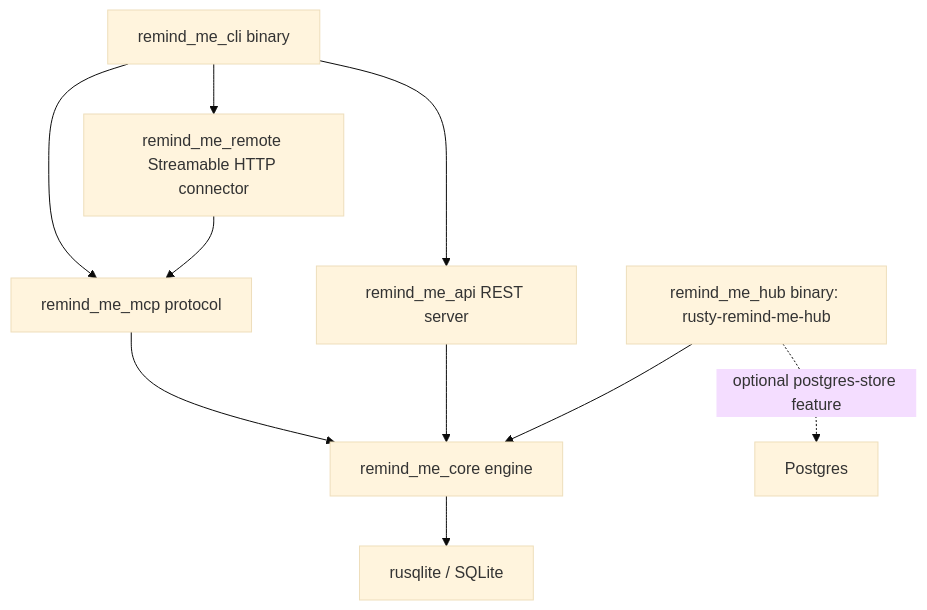
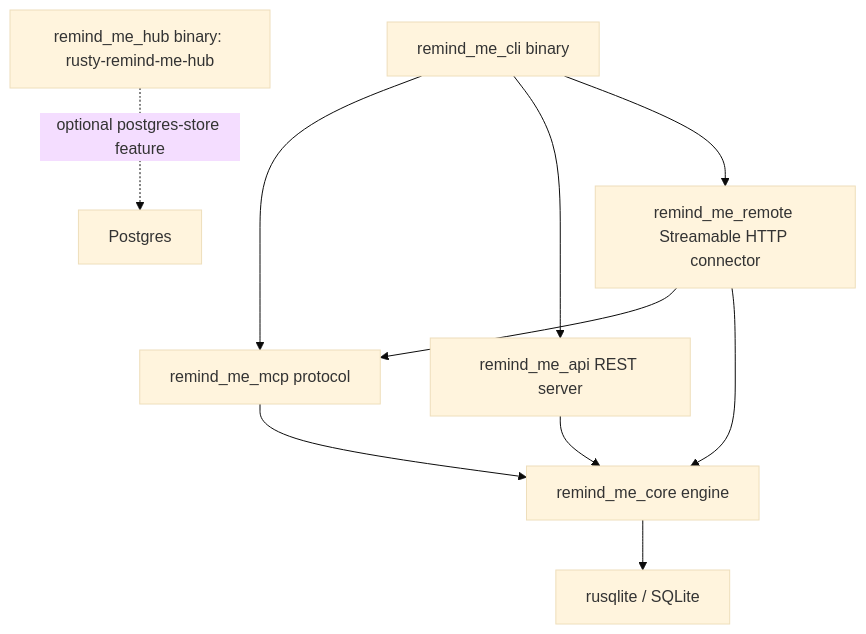
The diagram in ARCHITECTURE.md (baileyrd/rusty_remind_me), drawn with Mermaid (base theme) before and after one commit. The commit also changed other lines of this file and 2 other files, not shown here.

First line of the commit message:
Fix documentation drift in README, ARCHITECTURE, and CONTRIBUTING

````diff
--- a/ARCHITECTURE.md
+++ b/ARCHITECTURE.md
@@ -29,12 +29,13 @@
 ```mermaid
 graph TD
     CLI[remind_me_cli binary] --> MCP[remind_me_mcp protocol]
     CLI --> API[remind_me_api REST server]
     CLI --> REMOTE[remind_me_remote Streamable HTTP connector]
     MCP --> CORE[remind_me_core engine]
     API --> CORE
     REMOTE --> MCP
-    HUB[remind_me_hub binary: rusty-remind-me-hub] --> CORE
+    REMOTE --> CORE
+    HUB[remind_me_hub binary: rusty-remind-me-hub]
     CORE --> RUSQLITE[rusqlite / SQLite]
     HUB -.->|optional postgres-store feature| POSTGRES[Postgres]
 ```
````
